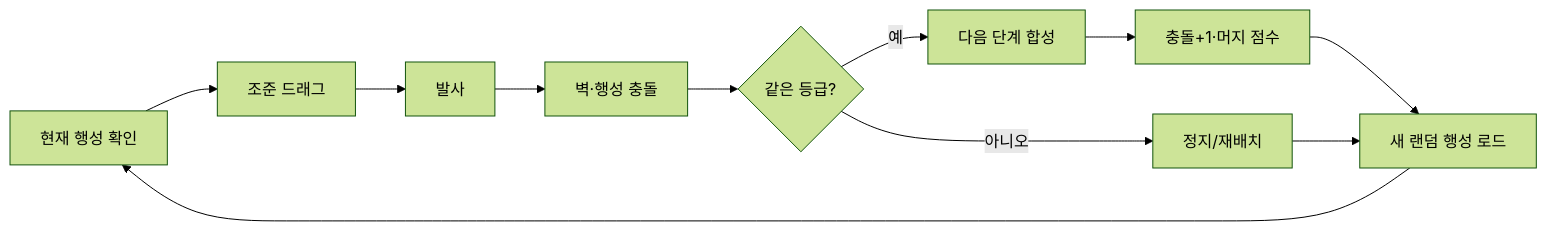
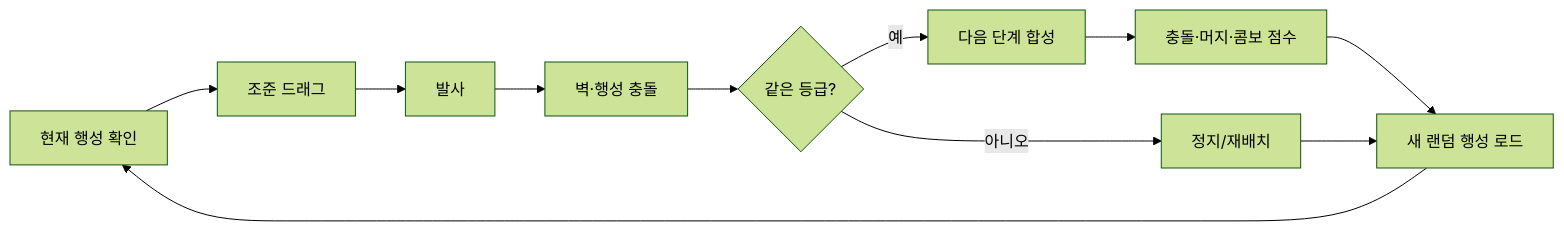
Before and after one commit to yinathan0215-coder/mergegame: the diagram in docs/20-core-loop/core-loop.md, drawn with Mermaid (forest theme). The commit also changed other lines of this file and 30 other files, not shown here.

````diff
--- a/docs/20-core-loop/core-loop.md
+++ b/docs/20-core-loop/core-loop.md
@@ -33,13 +33,13 @@
 ```mermaid
 flowchart LR
     Q[현재 행성 확인] --> Aim[조준 드래그]
     Aim --> Fire[발사]
     Fire --> Collide[벽·행성 충돌]
     Collide --> Merge{같은 등급?}
     Merge -- 예 --> Up[다음 단계 합성]
     Merge -- 아니오 --> Q2[정지/재배치]
-    Up --> Score[충돌+1·머지 점수]
+    Up --> Score[충돌·머지·콤보 점수]
     Score --> Refill[새 랜덤 행성 로드]
     Q2 --> Refill
     Refill --> Q
 ```
````
